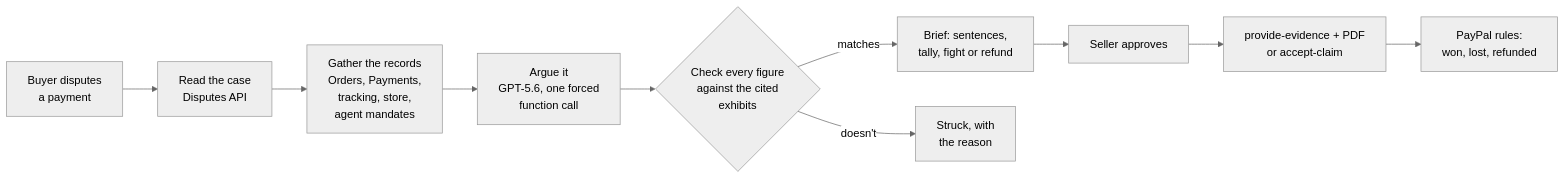
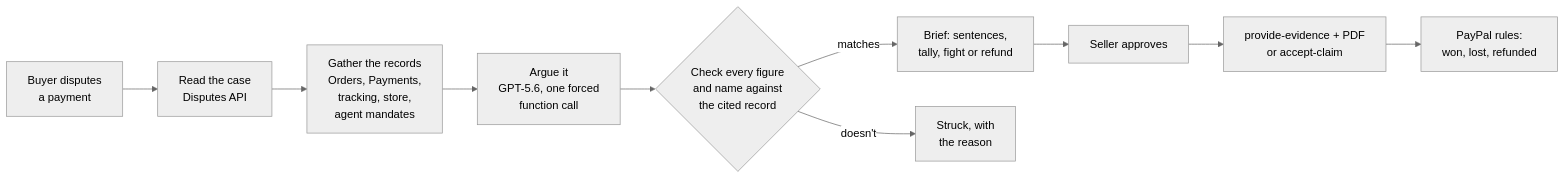
One commit to RohanGlitched/exhibit changed the diagram in README.md. Above: the diagram before and after it, drawn with Mermaid (neutral theme). The commit also changed other lines of this file and 13 other files, not shown here.

````diff
--- a/README.md
+++ b/README.md
@@ -65,12 +65,12 @@
 ```mermaid
 flowchart LR
   A[Buyer disputes<br/>a payment] --> B[Read the case<br/>Disputes API]
   B --> C[Gather the records<br/>Orders, Payments,<br/>tracking, store,<br/>agent mandates]
   C --> D[Argue it<br/>GPT-5.6, one forced<br/>function call]
-  D --> E{Check every figure<br/>against the cited<br/>exhibits}
+  D --> E{Check every figure<br/>and name against<br/>the cited record}
   E -->|matches| F[Brief: sentences,<br/>tally, fight or refund]
   E -->|doesn't| G[Struck, with<br/>the reason]
   F --> H[Seller approves]
   H --> I[provide-evidence + PDF<br/>or accept-claim]
   I --> J[PayPal rules:<br/>won, lost, refunded]
 ```
````
